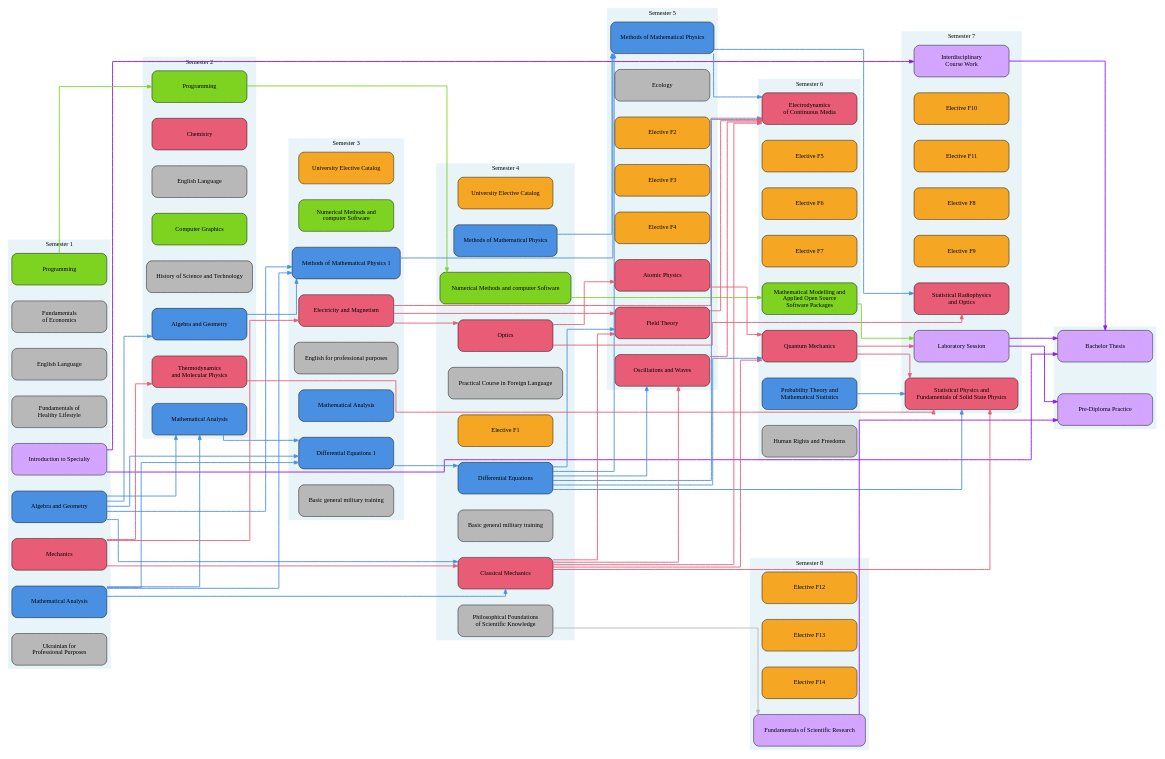
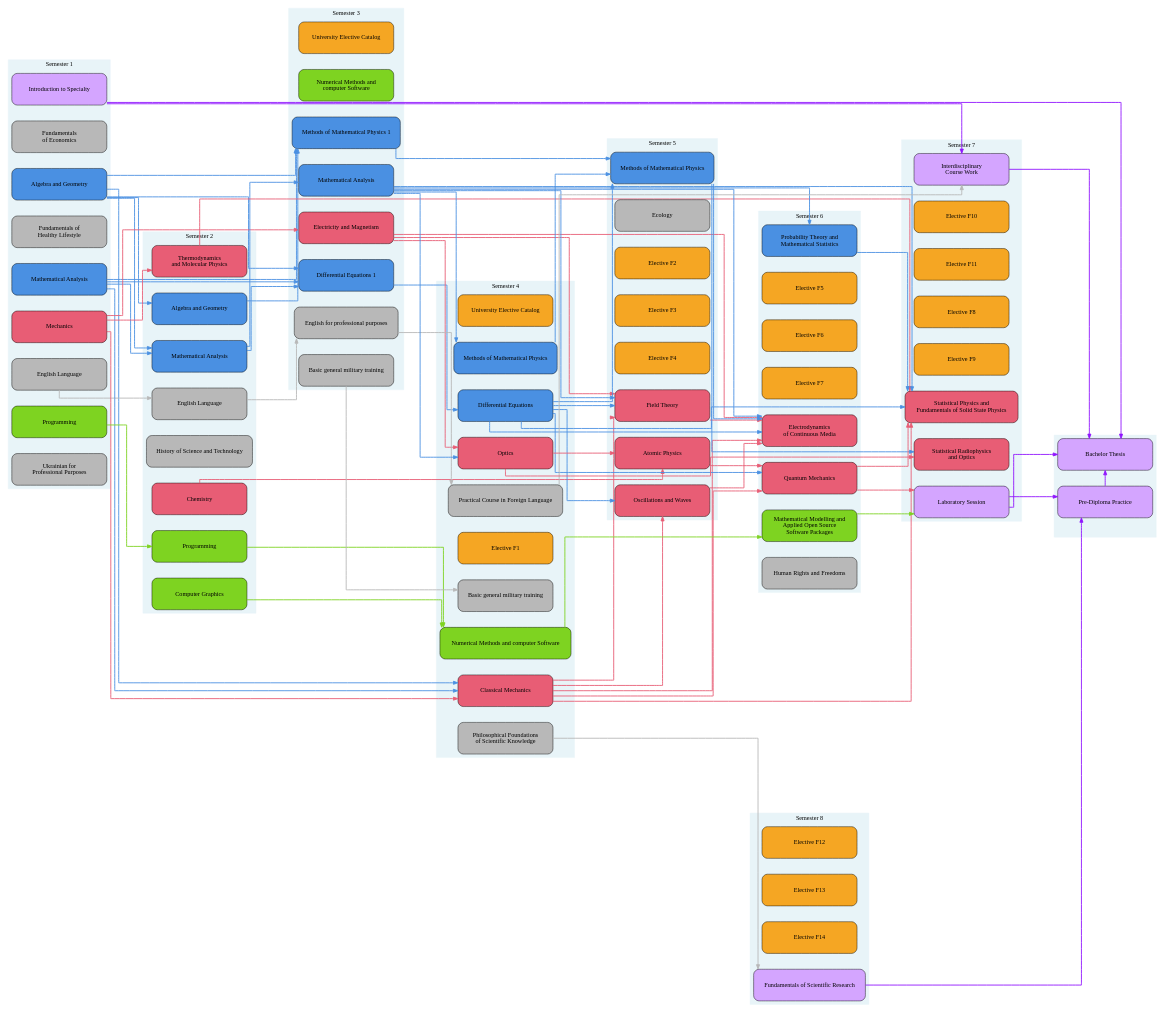
One commit to sergiokapone/matrix3 changed the diagram in Scheme/diagramm_bak_2025_en.gv. Above: the diagram before and after it, drawn with Graphviz. The commit also changed 17 other files, not shown here.

Commit message:
sctipts for diagramm work

```diff
--- a/Scheme/diagramm_bak_2025_en.gv
+++ b/Scheme/diagramm_bak_2025_en.gv
@@ -151,8 +151,14 @@
 S1_MatAn     -> S4_ClassMech        [color="#4A90E2", penwidth=2];
 S2_Alg     -> S3_MathPhys        [color="#4A90E2", penwidth=2];
 S2_MatAn     -> S3_DiffEq        [color="#4A90E2", penwidth=2];
+S2_MatAn     -> S3_MatAn        [color="#4A90E2", penwidth=2];
 S3_DiffEq     -> S4_DiffEq        [color="#4A90E2", penwidth=2];
 S3_MathPhys     -> S5_MathPhys        [color="#4A90E2", penwidth=2];
+S3_MatAn     -> S4_Optics        [color="#4A90E2", penwidth=2];
+S3_MatAn     -> S5_FieldTheory        [color="#4A90E2", penwidth=2];
+S3_MatAn     -> S6_ESS        [color="#4A90E2", penwidth=2];
+S3_MatAn     -> S7_StatPhys        [color="#4A90E2", penwidth=2];
+S3_MatAn     -> S4_MathPhys        [color="#4A90E2", penwidth=2];
 S4_DiffEq     -> S5_MathPhys        [color="#4A90E2", penwidth=2];
 S4_DiffEq     -> S5_FieldTheory        [color="#4A90E2", penwidth=2];
 S4_DiffEq     -> S5_OscWaves        [color="#4A90E2", penwidth=2];
@@ -162,6 +168,7 @@
 S4_MathPhys     -> S5_MathPhys        [color="#4A90E2", penwidth=2];
 S5_MathPhys     -> S6_ESS        [color="#4A90E2", penwidth=2];
 S5_MathPhys     -> S7_StatRadio        [color="#4A90E2", penwidth=2];
+S3_MatAn     -> S6_ProbStat        [color="#4A90E2", penwidth=2];
 S6_ProbStat     -> S7_StatPhys        [color="#4A90E2", penwidth=2];
 
  // ПРЕРЕКВІЗИТИ — Фізика
@@ -169,6 +176,7 @@
 S1_Mech     -> S4_ClassMech        [color="#E85D75", penwidth=2];
 S1_Mech     -> S3_ElMag        [color="#E85D75", penwidth=2];
 S2_Thermo     -> S7_StatPhys        [color="#E85D75", penwidth=2];
+S2_Chem     -> S5_Atomic        [color="#E85D75", penwidth=2];
 S4_ClassMech     -> S5_FieldTheory        [color="#E85D75", penwidth=2];
 S4_ClassMech     -> S5_OscWaves        [color="#E85D75", penwidth=2];
 S4_ClassMech     -> S6_ESS        [color="#E85D75", penwidth=2];
@@ -188,10 +196,16 @@
  // ПРЕРЕКВІЗИТИ — Програмування та обчислення
 S1_Prog     -> S2_Prog        [color="#7ED321", penwidth=2];
 S2_Prog     -> S4_CompMeth        [color="#7ED321", penwidth=2];
+S2_Graph     -> S4_CompMeth        [color="#7ED321", penwidth=2];
 S4_CompMeth     -> S6_MathModel        [color="#7ED321", penwidth=2];
 S6_MathModel     -> S7_Lab        [color="#7ED321", penwidth=2];
 
  // ПРЕРЕКВІЗИТИ — Іноземна мова
+S1_Eng     -> S2_Eng        [color="#B8B8B8", penwidth=2];
+S2_Eng     -> S3_EngProf        [color="#B8B8B8", penwidth=2];
+S3_EngProf     -> S4_EngPract        [color="#B8B8B8", penwidth=2];
+S3_Military     -> S4_Military        [color="#B8B8B8", penwidth=2];
+S4_EngPract     -> S7_Course        [color="#B8B8B8", penwidth=2];
 S4_Philos     -> S8_Research        [color="#B8B8B8", penwidth=2];
 
  // ПРЕРЕКВІЗИТИ — Практика та дослідження
@@ -201,5 +215,6 @@
 S7_Lab     -> S8_Diploma        [color="#9013FE", penwidth=2];
 S7_Course     -> S8_Diploma        [color="#9013FE", penwidth=2];
 S8_Research     -> S8_Practice        [color="#9013FE", penwidth=2];
+S8_Practice     -> S8_Diploma        [color="#9013FE", penwidth=2];
 
 }
```
